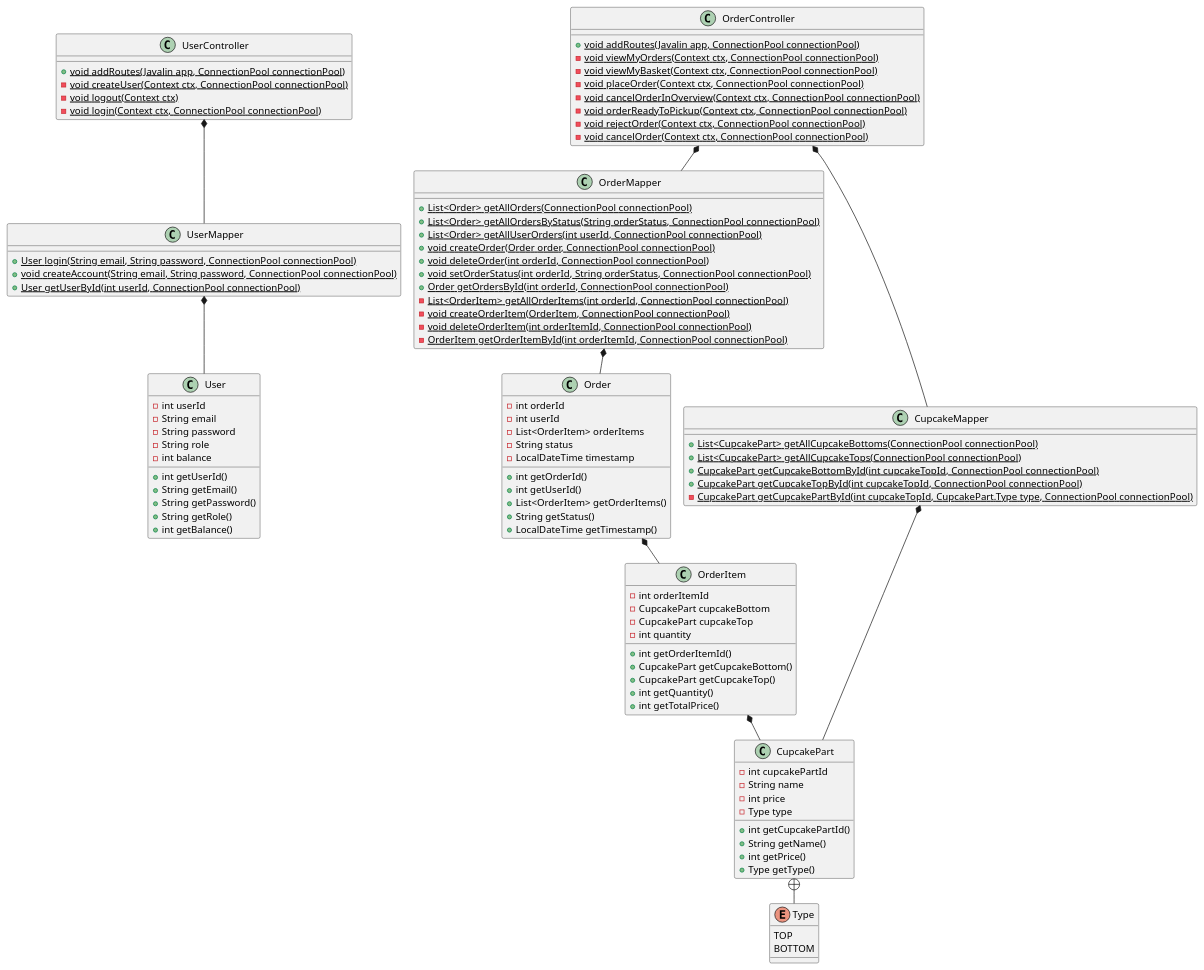
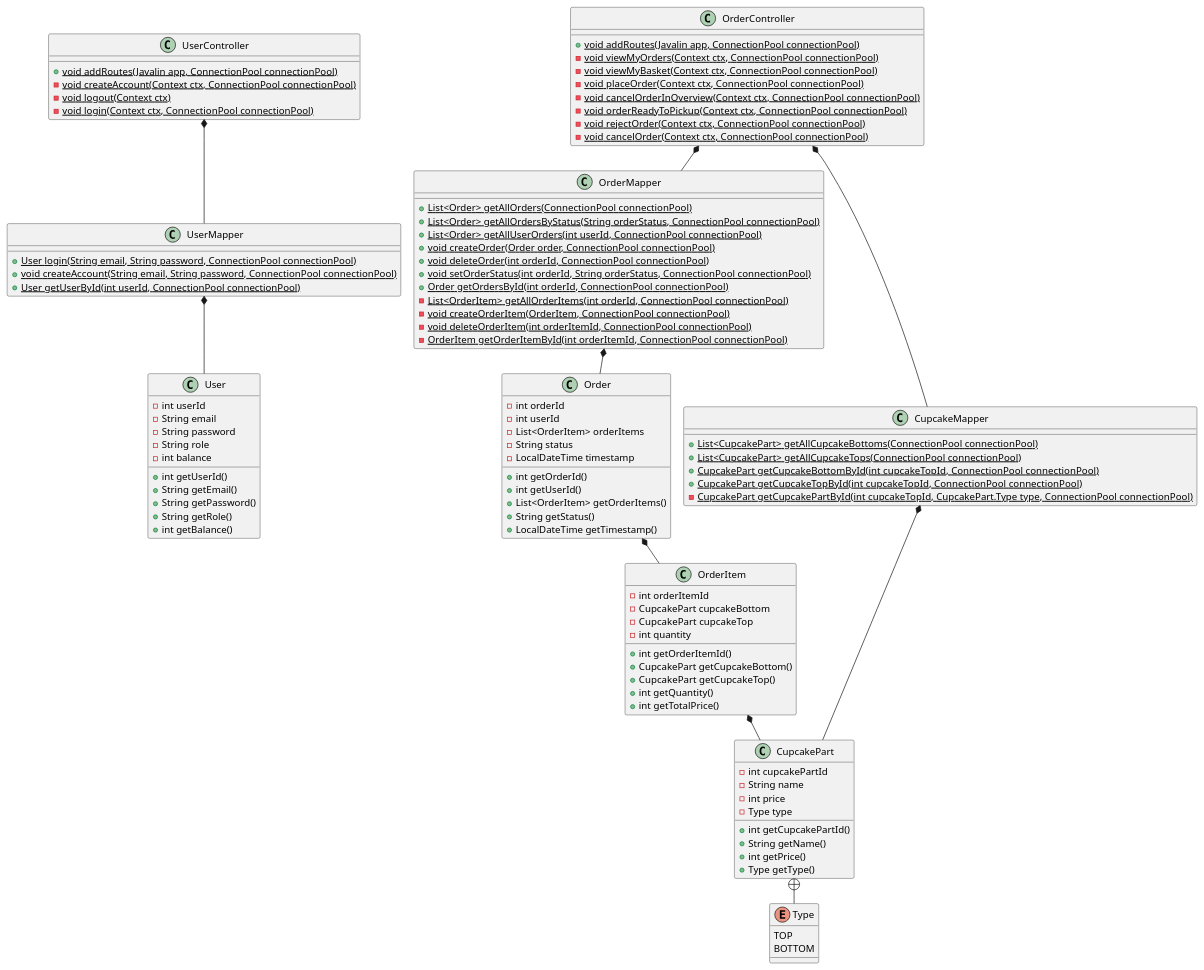
One commit to Shiihon/Dat2_Cupcake changed the diagram in doc/static/class diagrams/classdiagram.puml. Above: the diagram before and after it, drawn with PlantUML. The commit also changed 1 other file, not shown here.

```diff
--- a/doc/static/class diagrams/classdiagram.puml
+++ b/doc/static/class diagrams/classdiagram.puml
@@ -1,124 +1,124 @@
 @startuml
 'https://plantuml.com/class-diagram
 
 !pragma layout smetana
 
 class UserController {
 + {static} void addRoutes(Javalin app, ConnectionPool connectionPool)
-- {static} void createUser(Context ctx, ConnectionPool connectionPool)
+- {static} void createAccount(Context ctx, ConnectionPool connectionPool)
 - {static} void logout(Context ctx)
 - {static} void login(Context ctx, ConnectionPool connectionPool)
 }
 
 class OrderController {
 + {static} void addRoutes(Javalin app, ConnectionPool connectionPool)
 - {static} void viewMyOrders(Context ctx, ConnectionPool connectionPool)
 - {static} void viewMyBasket(Context ctx, ConnectionPool connectionPool)
 - {static} void placeOrder(Context ctx, ConnectionPool connectionPool)
 - {static} void cancelOrderInOverview(Context ctx, ConnectionPool connectionPool)
 - {static} void orderReadyToPickup(Context ctx, ConnectionPool connectionPool)
 - {static} void rejectOrder(Context ctx, ConnectionPool connectionPool)
 - {static} void cancelOrder(Context ctx, ConnectionPool connectionPool)
 }
 
 class UserMapper {
 + {static} User login(String email, String password, ConnectionPool connectionPool)
 + {static} void createAccount(String email, String password, ConnectionPool connectionPool)
 + {static} User getUserById(int userId, ConnectionPool connectionPool)
 }
 
 class OrderMapper {
 + {static} List<Order> getAllOrders(ConnectionPool connectionPool)
 + {static} List<Order> getAllOrdersByStatus(String orderStatus, ConnectionPool connectionPool)
 + {static} List<Order> getAllUserOrders(int userId, ConnectionPool connectionPool)
 + {static} void createOrder(Order order, ConnectionPool connectionPool)
 + {static} void deleteOrder(int orderId, ConnectionPool connectionPool)
 + {static} void setOrderStatus(int orderId, String orderStatus, ConnectionPool connectionPool)
 + {static} Order getOrdersById(int orderId, ConnectionPool connectionPool)
 - {static} List<OrderItem> getAllOrderItems(int orderId, ConnectionPool connectionPool)
 - {static} void createOrderItem(OrderItem, ConnectionPool connectionPool)
 - {static} void deleteOrderItem(int orderItemId, ConnectionPool connectionPool)
 - {static} OrderItem getOrderItemById(int orderItemId, ConnectionPool connectionPool)
 }
 
 class CupcakeMapper {
 + {static} List<CupcakePart> getAllCupcakeBottoms(ConnectionPool connectionPool)
 + {static} List<CupcakePart> getAllCupcakeTops(ConnectionPool connectionPool)
 + {static} CupcakePart getCupcakeBottomById(int cupcakeTopId, ConnectionPool connectionPool)
 + {static} CupcakePart getCupcakeTopById(int cupcakeTopId, ConnectionPool connectionPool)
 - {static} CupcakePart getCupcakePartById(int cupcakeTopId, CupcakePart.Type type, ConnectionPool connectionPool)
 }
 
 class User {
 - int userId
 - String email
 - String password
 - String role
 - int balance
 
 + int getUserId()
 + String getEmail()
 + String getPassword()
 + String getRole()
 + int getBalance()
 }
 
 class Order {
 - int orderId
 - int userId
 - List<OrderItem> orderItems
 - String status
 - LocalDateTime timestamp
 
 + int getOrderId()
 + int getUserId()
 + List<OrderItem> getOrderItems()
 + String getStatus()
 + LocalDateTime getTimestamp()
 }
 
 class OrderItem {
 - int orderItemId
 - CupcakePart cupcakeBottom
 - CupcakePart cupcakeTop
 - int quantity
 
 + int getOrderItemId()
 + CupcakePart getCupcakeBottom()
 + CupcakePart getCupcakeTop()
 + int getQuantity()
 + int getTotalPrice()
 }
 
 class CupcakePart {
 - int cupcakePartId
 - String name
 - int price
 - Type type
 
 + int getCupcakePartId()
 + String getName()
 + int getPrice()
 + Type getType()
 }
 
 enum Type {
 TOP
 BOTTOM
 }
 
 UserController *-- UserMapper
 OrderController *-- OrderMapper
 OrderController *-- CupcakeMapper
 
 UserMapper *-- User
 OrderMapper *-- Order
 CupcakeMapper *-- CupcakePart
 
 Order *-- OrderItem
 
 OrderItem *-- CupcakePart
 
 CupcakePart +-- Type
 
 @enduml
```
